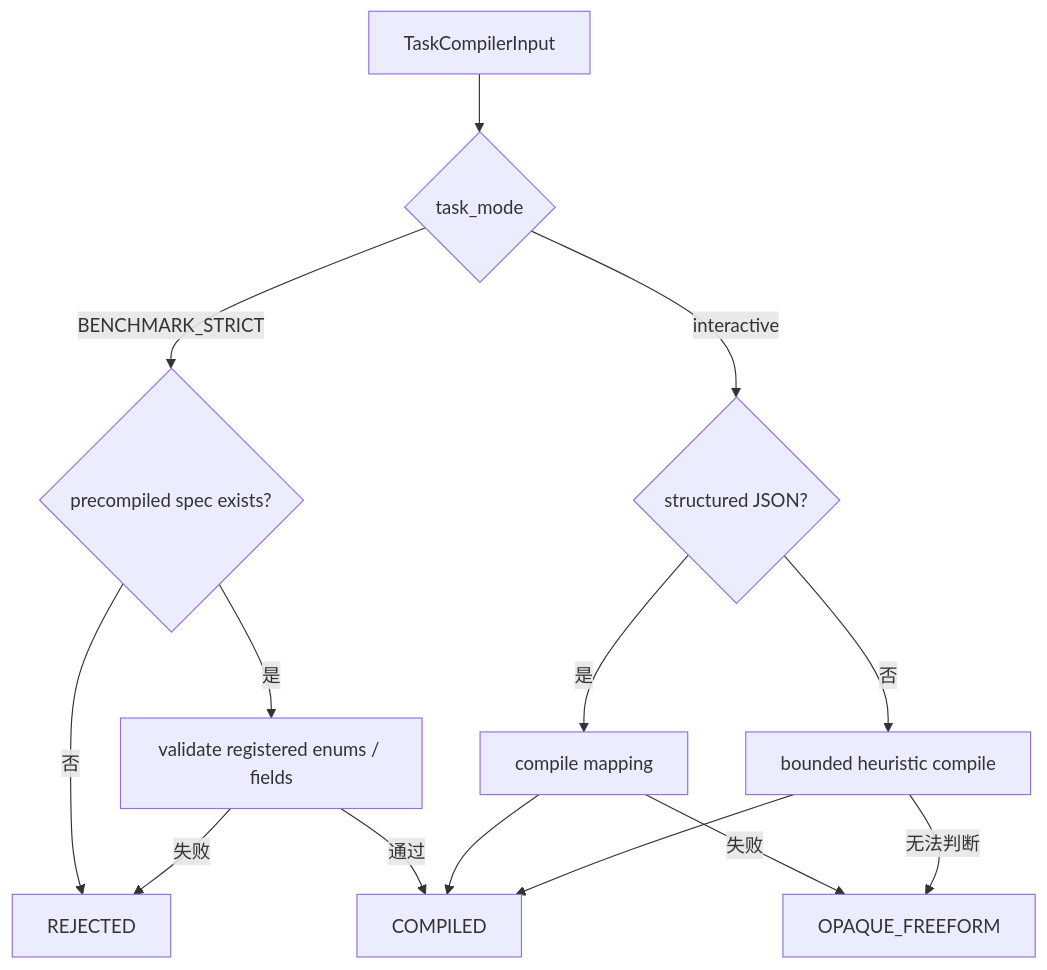
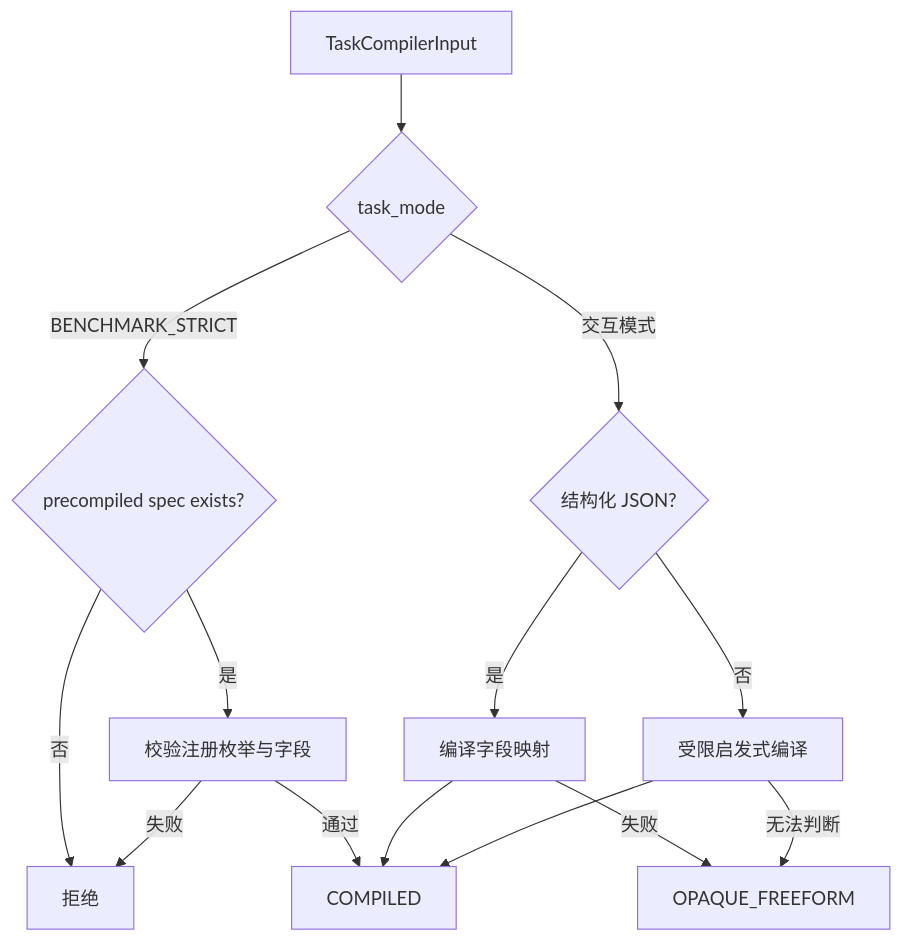
One commit to qcrs/os changed the diagram in docs/implementation/runtime/task-compilation.md. Above: the diagram before and after it, drawn with Mermaid. The commit also changed other lines of this file and 77 other files, not shown here.

````diff
--- a/docs/implementation/runtime/task-compilation.md
+++ b/docs/implementation/runtime/task-compilation.md
@@ -7,16 +12,16 @@
 ```mermaid
 flowchart TD
     I[TaskCompilerInput] --> M{task_mode}
     M -->|BENCHMARK_STRICT| P{precompiled spec exists?}
-    P -->|否| X[REJECTED]
-    P -->|是| V[validate registered enums / fields]
+    P -->|否| X[拒绝]
+    P -->|是| V[校验注册枚举与字段]
     V -->|通过| C[COMPILED]
     V -->|失败| X
-    M -->|interactive| J{structured JSON?}
-    J -->|是| CJ[compile mapping]
-    J -->|否| H[bounded heuristic compile]
+    M -->|交互模式| J{结构化 JSON?}
+    J -->|是| CJ[编译字段映射]
+    J -->|否| H[受限启发式编译]
     CJ -->|失败| O[OPAQUE_FREEFORM]
     H -->|无法判断| O
     CJ --> C
     H --> C
 ```
````
